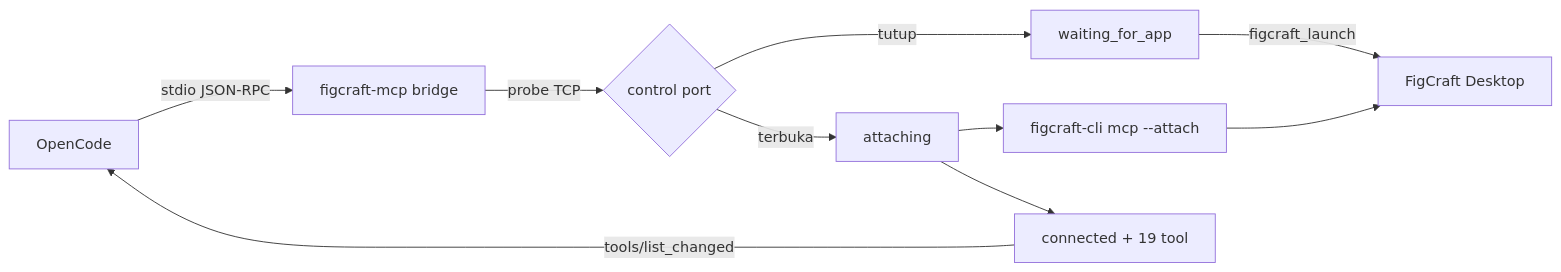
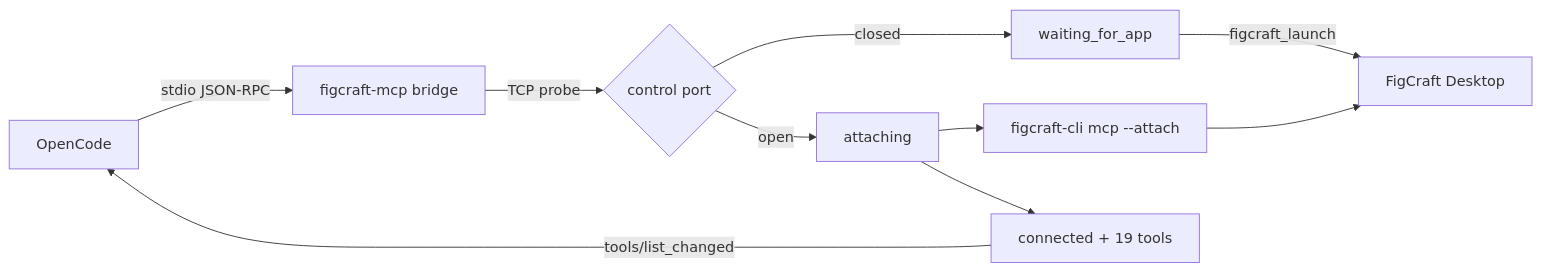
One commit to muhnazih029/figcraft-mcp-bridge changed the diagram in README.md. Above: the diagram before and after it, drawn with Mermaid. The commit also changed other lines of this file and 8 other files, not shown here.

````diff
--- a/README.md
+++ b/README.md
@@ -36,12 +126,12 @@
 ```mermaid
 flowchart LR
     OC[OpenCode] -->|stdio JSON-RPC| BR[figcraft-mcp bridge]
-    BR -->|probe TCP| P{control port}
-    P -- tutup --> W[waiting_for_app]
-    P -- terbuka --> A[attaching]
+    BR -->|TCP probe| P{control port}
+    P -- closed --> W[waiting_for_app]
+    P -- open --> A[attaching]
     A --> CLI[figcraft-cli mcp --attach]
     CLI --> APP[FigCraft Desktop]
-    A --> C[connected + 19 tool]
+    A --> C[connected + 19 tools]
     C -->|tools/list_changed| OC
     W -->|figcraft_launch| APP
 ```
````
